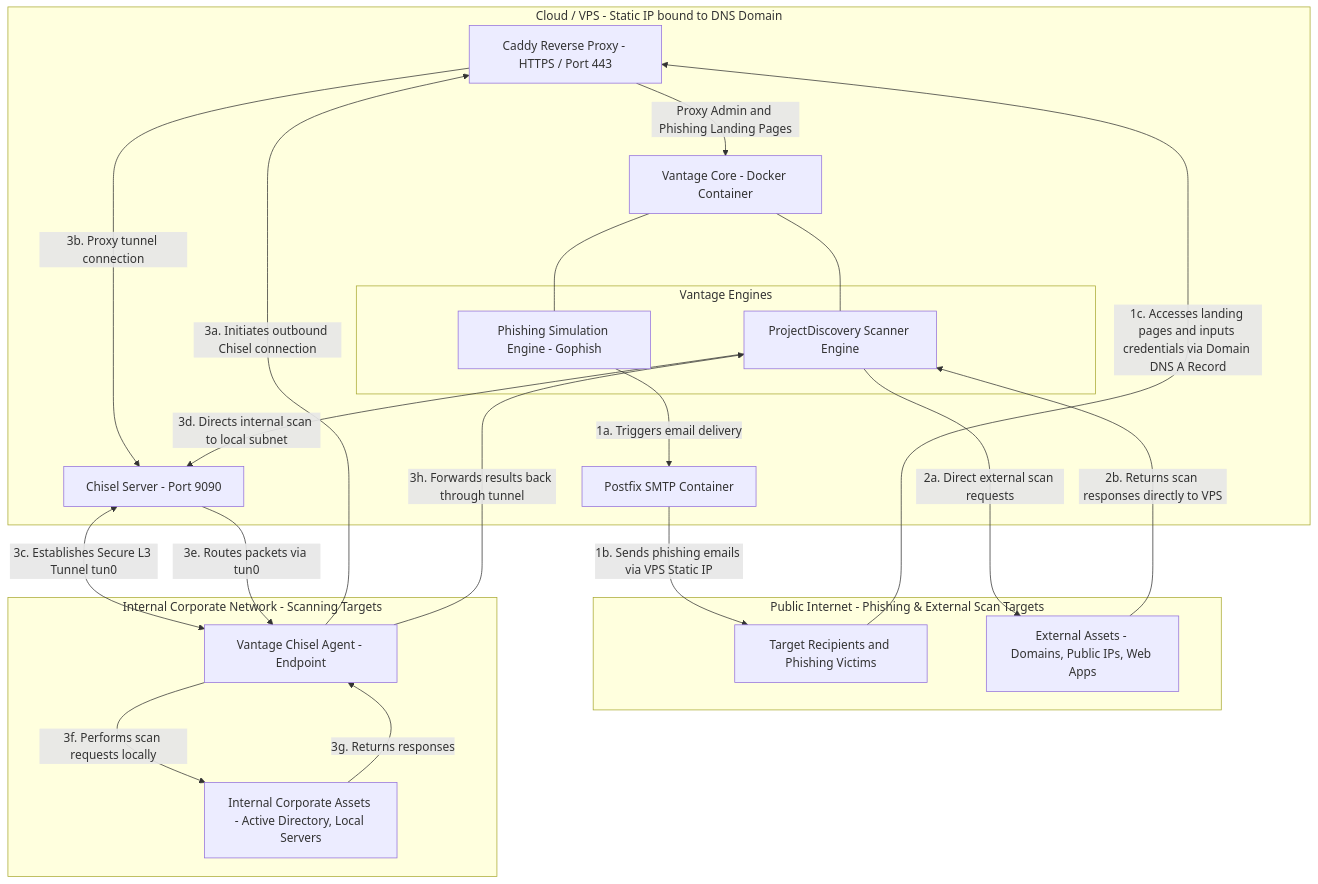
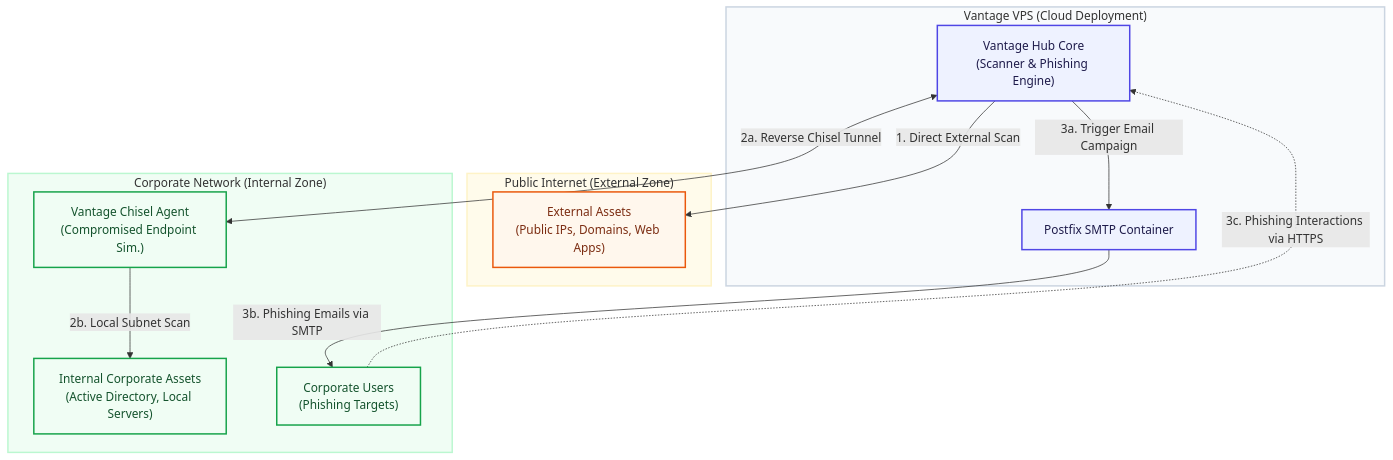
Before and after one commit to yusufarbc/vantage: the diagram in README.md, drawn with Mermaid. The commit also changed other lines of this file, not shown here.

Commit message:
docs: simplify and color-code architecture diagram in README

````diff
--- a/README.md
+++ b/README.md
@@ -42,50 +43,42 @@
 ```mermaid
 graph TD
-    subgraph Cloud / VPS - Static IP bound to DNS Domain
-        Caddy["Caddy Reverse Proxy - HTTPS / Port 443"]
-        Core["Vantage Core - Docker Container"]
-        
-        subgraph Vantage Engines
-            PhishEngine["Phishing Simulation Engine - Gophish"]
-            ScanEngine["ProjectDiscovery Scanner Engine"]
-        end
+    %% Styling
+    classDef vps fill:#eef2ff,stroke:#4f46e5,stroke-width:2px,color:#1e1b4b;
+    classDef ext fill:#fff7ed,stroke:#ea580c,stroke-width:2px,color:#7c2d12;
+    classDef internal fill:#f0fdf4,stroke:#16a34a,stroke-width:2px,color:#14532d;
 
-        Postfix["Postfix SMTP Container"]
-        ChiselServer["Chisel Server - Port 9090"]
+    %% Nodes & Subgraphs
+    subgraph VPS ["Vantage VPS (Cloud Deployment)"]
+        Vantage["Vantage Hub Core<br>(Scanner & Phishing Engine)"]:::vps
+        SMTP["Postfix SMTP Container"]:::vps
     end
 
-    subgraph Public Internet - Phishing & External Scan Targets
-        Victims["Target Recipients and Phishing Victims"]
-        PublicAssets["External Assets - Domains, Public IPs, Web Apps"]
+    subgraph ExtNet ["Public Internet (External Zone)"]
+        ExtAssets["External Assets<br>(Public IPs, Domains, Web Apps)"]:::ext
     end
 
-    subgraph Internal Corporate Network - Scanning Targets
-        Agent["Vantage Chisel Agent - Endpoint"]
-        InternalAssets["Internal Corporate Assets - Active Directory, Local Servers"]
+    subgraph Corporate ["Corporate Network (Internal Zone)"]
+        Agent["Vantage Chisel Agent<br>(Compromised Endpoint Sim.)"]:::internal
+        IntAssets["Internal Corporate Assets<br>(Active Directory, Local Servers)"]:::internal
+        Users["Corporate Users<br>(Phishing Targets)"]:::internal
     end
 
-    %% Infrastructure Routing
-    Caddy -->|Proxy Admin and Phishing Landing Pages| Core
-    Core --- PhishEngine
-    Core --- ScanEngine
+    %% Workflows
     
-    %% Phishing Workflow
-    PhishEngine -->|1a. Triggers email delivery| Postfix
-    Postfix -->|1b. Sends phishing emails via VPS Static IP| Victims
-    Victims -->|1c. Accesses landing pages and inputs credentials via Domain DNS A Record| Caddy
+    %% 1. External Scanning
+    Vantage -->|1. Direct External Scan| ExtAssets
+    
+    %% 2. Internal Scanning (Compromised Endpoint Simulation)
+    Vantage <-->|2a. Reverse Chisel Tunnel| Agent
+    Agent -->|2b. Local Subnet Scan| IntAssets
 
-    %% External Scanning Workflow
-    ScanEngine -->|2a. Direct external scan requests| PublicAssets
-    PublicAssets -->|2b. Returns scan responses directly to VPS| ScanEngine
+    %% 3. Phishing Simulation
+    Vantage -->|3a. Trigger Email Campaign| SMTP
+    SMTP -->|3b. Phishing Emails via SMTP| Users
+    Users -.->|3c. Phishing Interactions via HTTPS| Vantage
 
-    %% Internal Scanning Workflow - Reverse Tunnel
-    Agent -->|3a. Initiates outbound Chisel connection| Caddy
-    Caddy -->|3b. Proxy tunnel connection| ChiselServer
-    ChiselServer <-->|3c. Establishes Secure L3 Tunnel tun0| Agent
-    
-    ScanEngine -->|3d. Directs internal scan to local subnet| ChiselServer
-    ChiselServer -->|3e. Routes packets via tun0| Agent
-    Agent -->|3f. Performs scan requests locally| InternalAssets
-    InternalAssets -->|3g. Returns responses| Agent
-    Agent -->|3h. Forwards results back through tunnel| ScanEngine
+    %% Group styling
+    style VPS fill:#f8fafc,stroke:#cbd5e1,stroke-width:2px
+    style ExtNet fill:#fffbeb,stroke:#fef3c7,stroke-width:2px
+    style Corporate fill:#f0fdf4,stroke:#bbf7d0,stroke-width:2px
 ```
````
